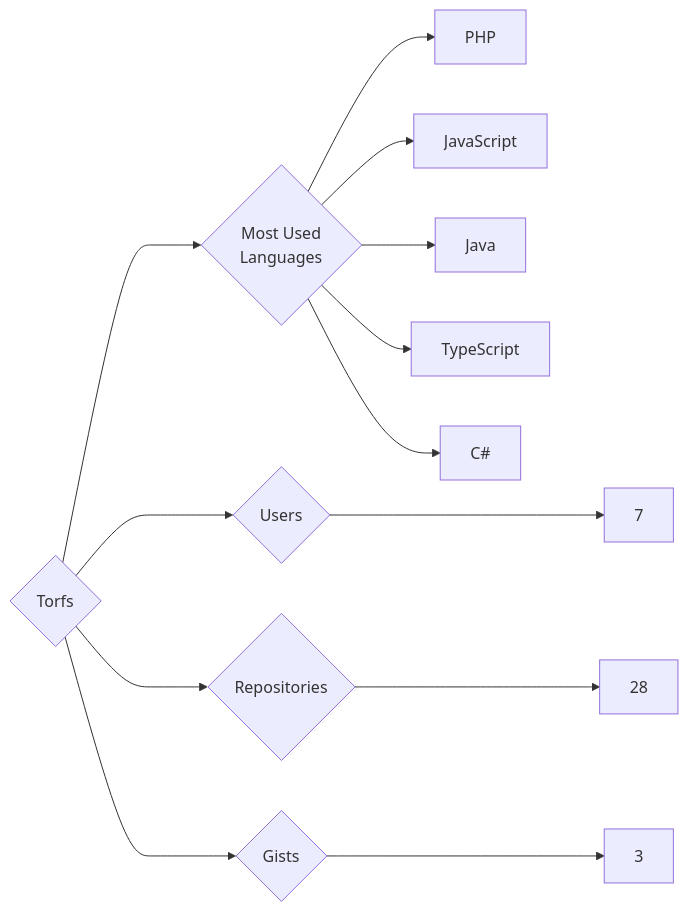
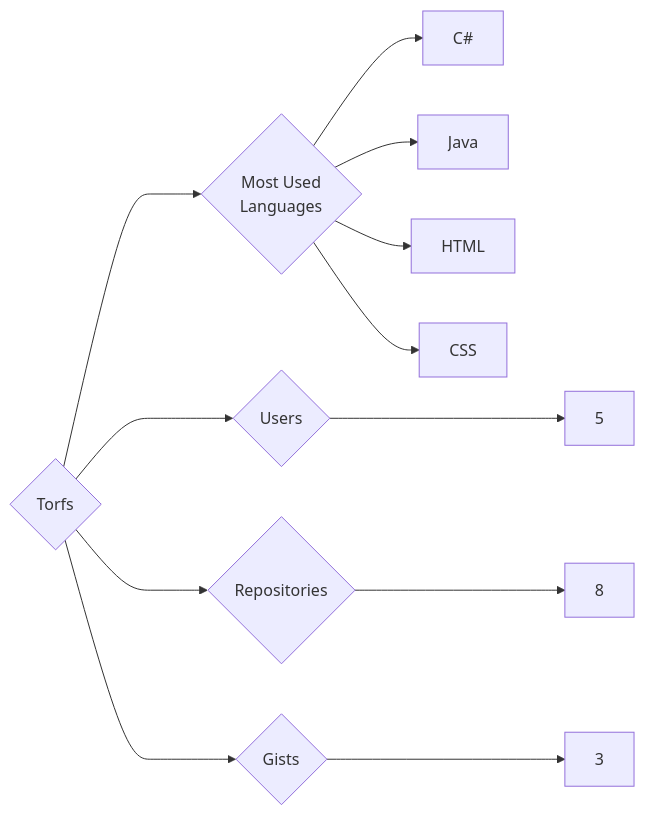
The diagram in targets/Torfs/README.md (trickest/insiders), drawn with Mermaid before and after one commit. The commit also changed 794 other files, not shown here.

````diff
--- a/targets/Torfs/README.md
+++ b/targets/Torfs/README.md
@@ -3,13 +3,12 @@
 ```mermaid
 graph LR
 COMPANY_NAME{Torfs}
-COMPANY_NAME ---> U{Users} ---> UN[7]
-COMPANY_NAME ---> R{Repositories} ---> RN[28]
+COMPANY_NAME ---> U{Users} ---> UN[5]
+COMPANY_NAME ---> R{Repositories} ---> RN[8]
 COMPANY_NAME ---> G{Gists} ---> GN[3]
 COMPANY_NAME ---> ML{Most Used<br>Languages}
-ML --> PHP[PHP]
-ML --> JavaScript[JavaScript]
+ML --> C#[C#]
 ML --> Java[Java]
-ML --> TypeScript[TypeScript]
-ML --> C#[C#]
+ML --> HTML[HTML]
+ML --> CSS[CSS]
 ```
````
